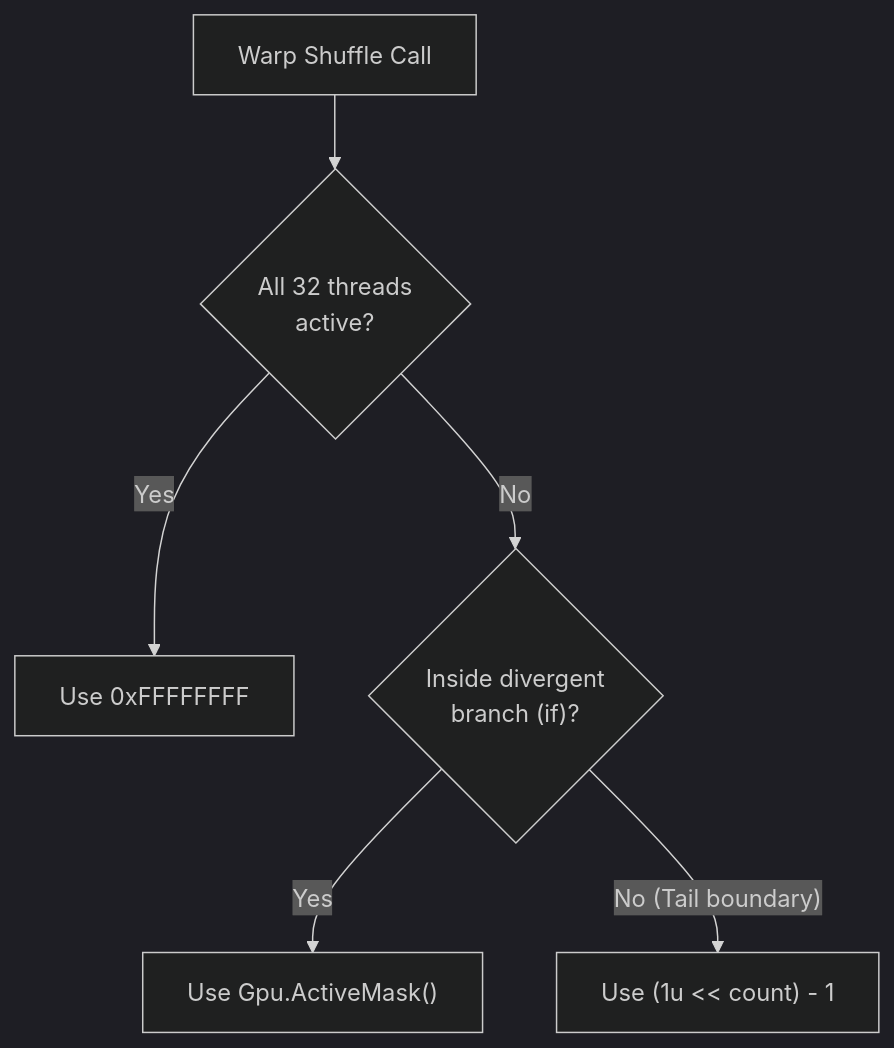
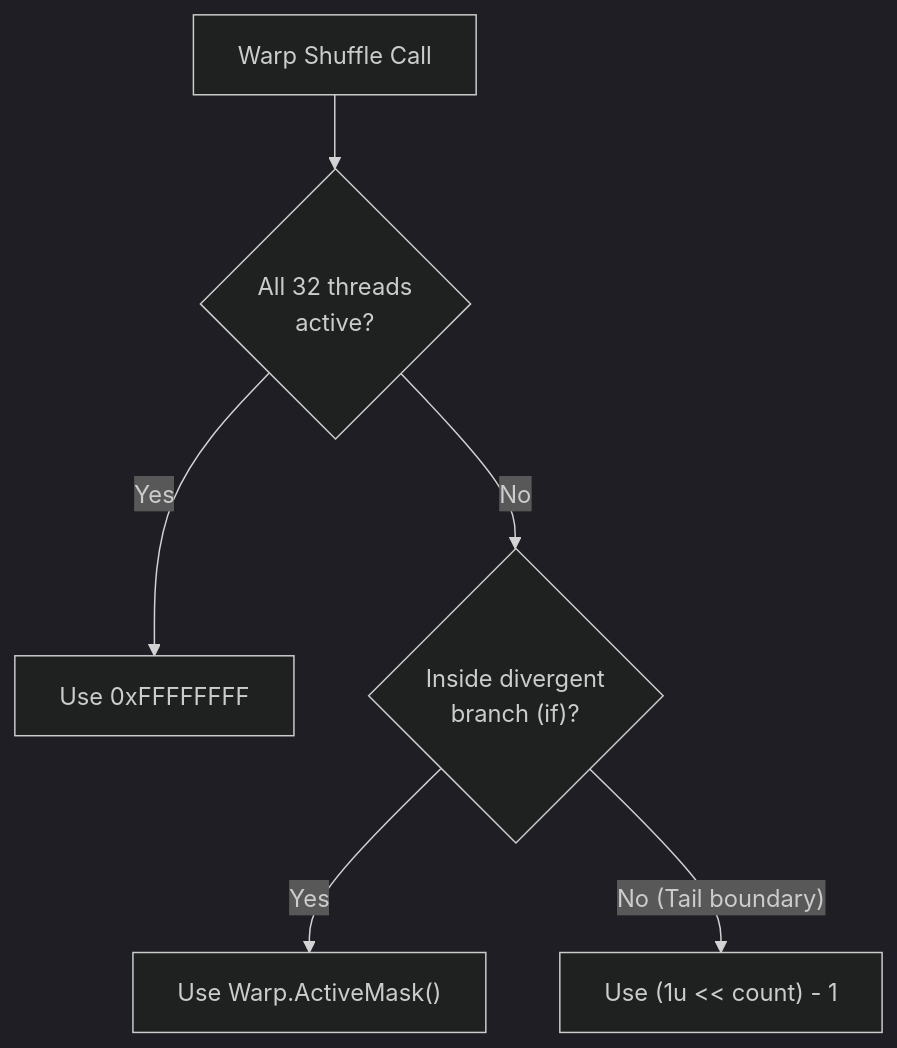
One commit to kassyi/Henicos changed the second of 2 diagrams in docs/spec/en/04_guides/01_warp_programming_guide.md. Above: the diagram before and after it, drawn with Mermaid (dark theme). The commit also changed other lines of this file and 4 other files, not shown here.

````diff
--- a/docs/spec/en/04_guides/01_warp_programming_guide.md
+++ b/docs/spec/en/04_guides/01_warp_programming_guide.md
@@ -110,8 +110,8 @@
 ```mermaid
 flowchart TD
     A[Warp Shuffle Call] --> B{"All 32 threads<br>active?"}
     B -- Yes --> C["Use 0xFFFFFFFF"]
     B -- No --> D{"Inside divergent<br>branch (if)?"}
-    D -- Yes --> E["Use Gpu.ActiveMask()"]
+    D -- Yes --> E["Use Warp.ActiveMask()"]
     D -- No (Tail boundary) --> F["Use (1u << count) - 1"]
 ```
````
